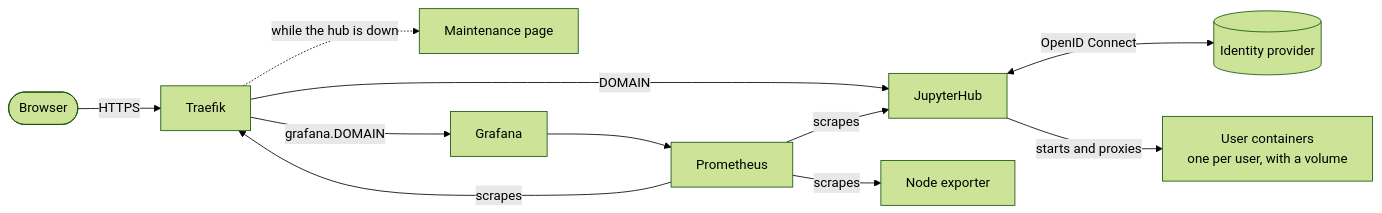
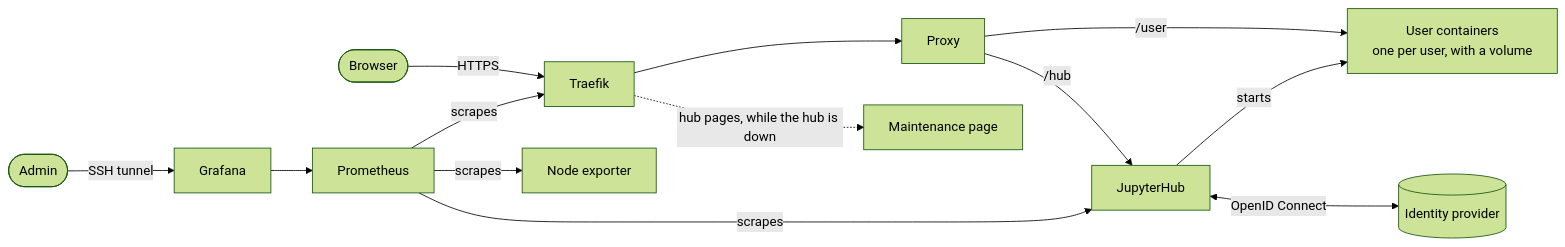
The diagram in README.md (irfan-farmer/dockerized-jupyterhub), drawn with Mermaid (forest theme) before and after one commit. The commit also changed other lines of this file and 5 other files, not shown here.

````diff
--- a/README.md
+++ b/README.md
@@ -30,13 +31,15 @@
 ```mermaid
 flowchart LR
     browser([Browser]) -- HTTPS --> traefik[Traefik]
-    traefik -- DOMAIN --> hub[JupyterHub]
-    traefik -. while the hub is down .-> maintenance[Maintenance page]
-    traefik -- grafana.DOMAIN --> grafana[Grafana]
+    traefik --> proxy[Proxy]
+    traefik -. hub pages, while the hub is down .-> maintenance[Maintenance page]
+    proxy -- /hub --> hub[JupyterHub]
+    proxy -- /user --> users[User containers<br/>one per user, with a volume]
+    hub -- starts --> users
     hub <-- OpenID Connect --> idp[(Identity provider)]
-    hub -- starts and proxies --> users[User containers<br/>one per user, with a volume]
-    prometheus[Prometheus] -- scrapes --> hub
+    admin([Admin]) -- SSH tunnel --> grafana[Grafana]
+    grafana --> prometheus[Prometheus]
+    prometheus -- scrapes --> hub
     prometheus -- scrapes --> traefik
     prometheus -- scrapes --> node[Node exporter]
-    grafana --> prometheus
 ```
````
